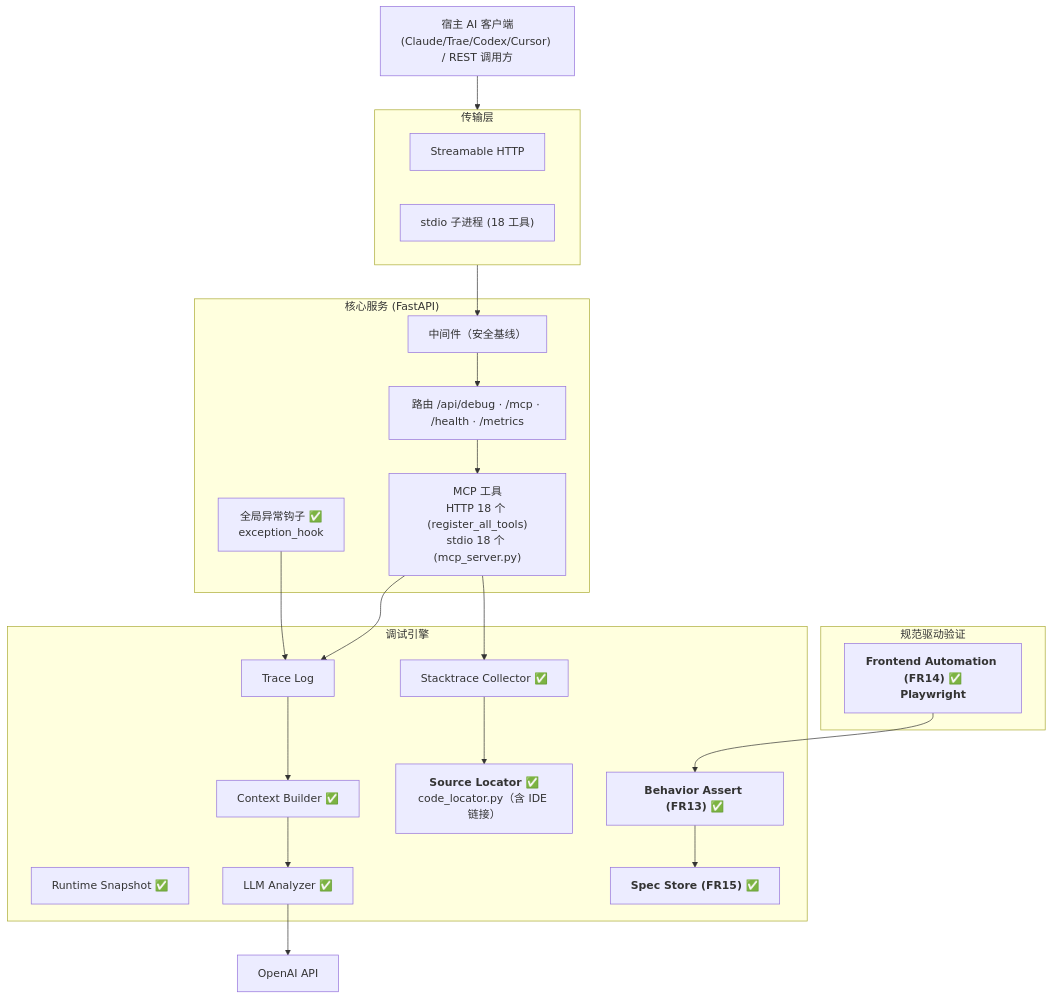
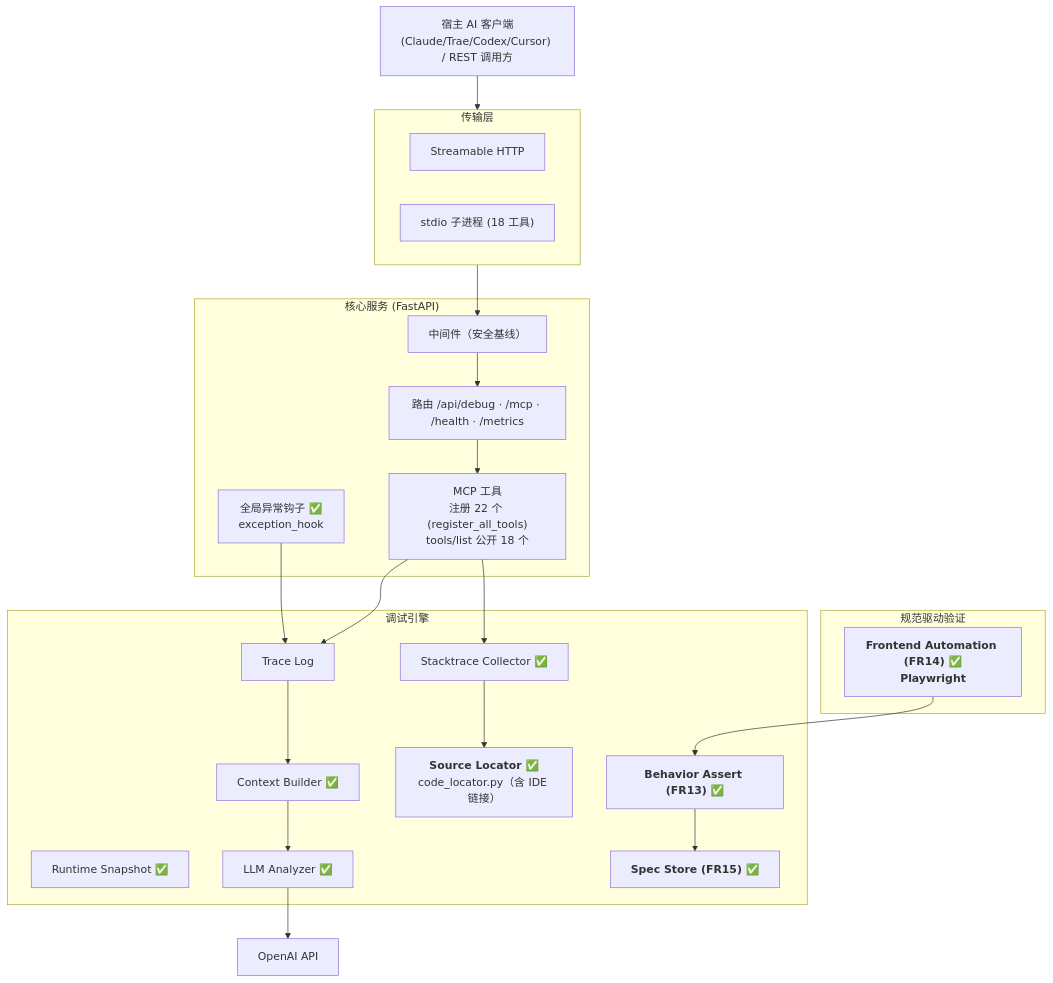
One commit to lujoai/Lujo-MCP changed the first of 3 diagrams in docs/public/PRD.md. Above: the diagram before and after it, drawn with Mermaid. The commit also changed other lines of this file and 3 other files, not shown here.

````diff
--- a/docs/public/PRD.md
+++ b/docs/public/PRD.md
@@ -378,42 +379,42 @@
 ```mermaid
 flowchart TB
     Client["宿主 AI 客户端<br/>(Claude/Trae/Codex/Cursor) / REST 调用方"]
 
     subgraph Transport["传输层"]
         HTTP["Streamable HTTP"]
         STDIO["stdio 子进程 (18 工具)"]
     end
 
     subgraph Core["核心服务 (FastAPI)"]
         Hook["全局异常钩子 ✅<br/>exception_hook"]
         MW["中间件（安全基线）"]
         Router["路由 /api/debug · /mcp · /health · /metrics"]
-        Tools["MCP 工具<br/>HTTP 18 个 (register_all_tools)<br/>stdio 18 个 (mcp_server.py)"]
+        Tools["MCP 工具<br/>注册 22 个 (register_all_tools)<br/>tools/list 公开 18 个"]
     end
 
     subgraph Engine["调试引擎"]
         Logs["Trace Log"]
         Builder["Context Builder ✅"]
         Stack["Stacktrace Collector ✅"]
         Locator["<b>Source Locator ✅</b><br/>code_locator.py（含 IDE 链接）"]
         Runtime["Runtime Snapshot ✅"]
         Analyzer["LLM Analyzer ✅"]
         Assert["<b>Behavior Assert (FR13) ✅</b>"]
         SpecStore["<b>Spec Store (FR15) ✅</b>"]
     end
 
     subgraph Verify["规范驱动验证"]
         E2E["<b>Frontend Automation (FR14) ✅<br/>Playwright</b>"]
     end
 
     Client --> Transport
     Hook --> Logs
     Transport --> MW --> Router --> Tools
     Tools --> Logs --> Builder
     Tools --> Stack
     Stack --> Locator
     Builder --> Analyzer
     Analyzer --> LLM["OpenAI API"]
     Assert --> SpecStore
     E2E --> Assert
 ```
````
